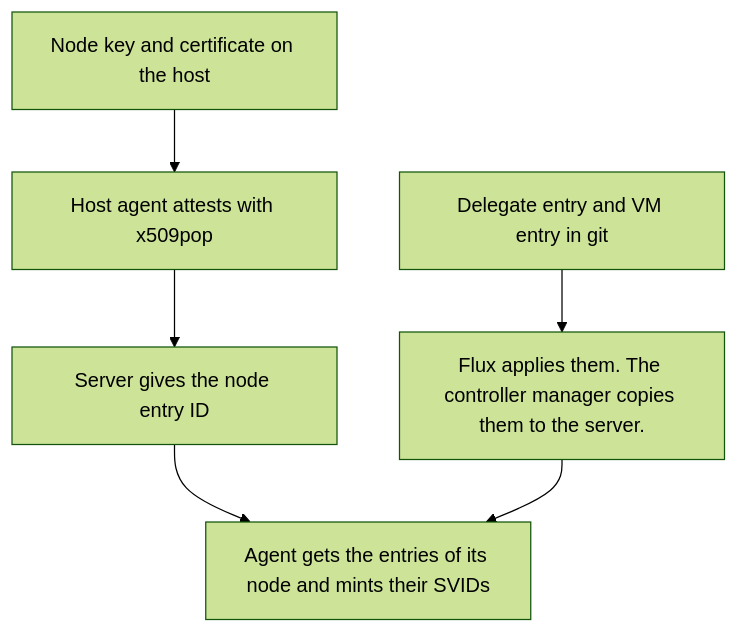
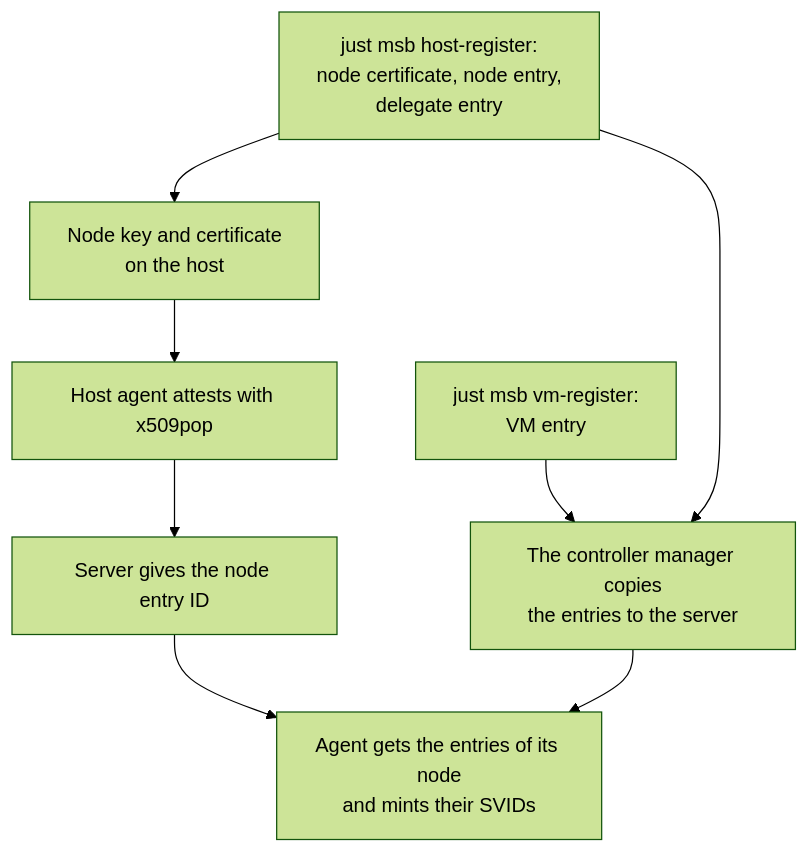
One commit to raghav19/engineersdaybook changed the second of 5 diagrams in code/agent-workload-identity/docs/workload-attestation.md. Above: the diagram before and after it, drawn with Mermaid (forest theme). The commit also changed other lines of this file and 14 other files, not shown here.

First line of the commit message:
msb: register the host and the VMs under their own names

````diff
--- a/code/agent-workload-identity/docs/workload-attestation.md
+++ b/code/agent-workload-identity/docs/workload-attestation.md
@@ -61,8 +64,10 @@
 ```mermaid
 flowchart TD
-    a["Node key and certificate on the host"] --> b["Host agent attests with x509pop"]
-    b --> c["Server gives the node entry ID"]
-    d["Delegate entry and VM entry in git"] --> e["Flux applies them. The controller manager copies them to the server."]
-    c --> f["Agent gets the entries of its node and mints their SVIDs"]
+    a["just msb host-register:<br/>node certificate, node entry,<br/>delegate entry"] --> b["Node key and certificate<br/>on the host"]
+    b --> c["Host agent attests with x509pop"]
+    c --> d["Server gives the node entry ID"]
+    g["just msb vm-register:<br/>VM entry"] --> e["The controller manager copies<br/>the entries to the server"]
+    a --> e
+    d --> f["Agent gets the entries of its node<br/>and mints their SVIDs"]
     e --> f
 ```
````
